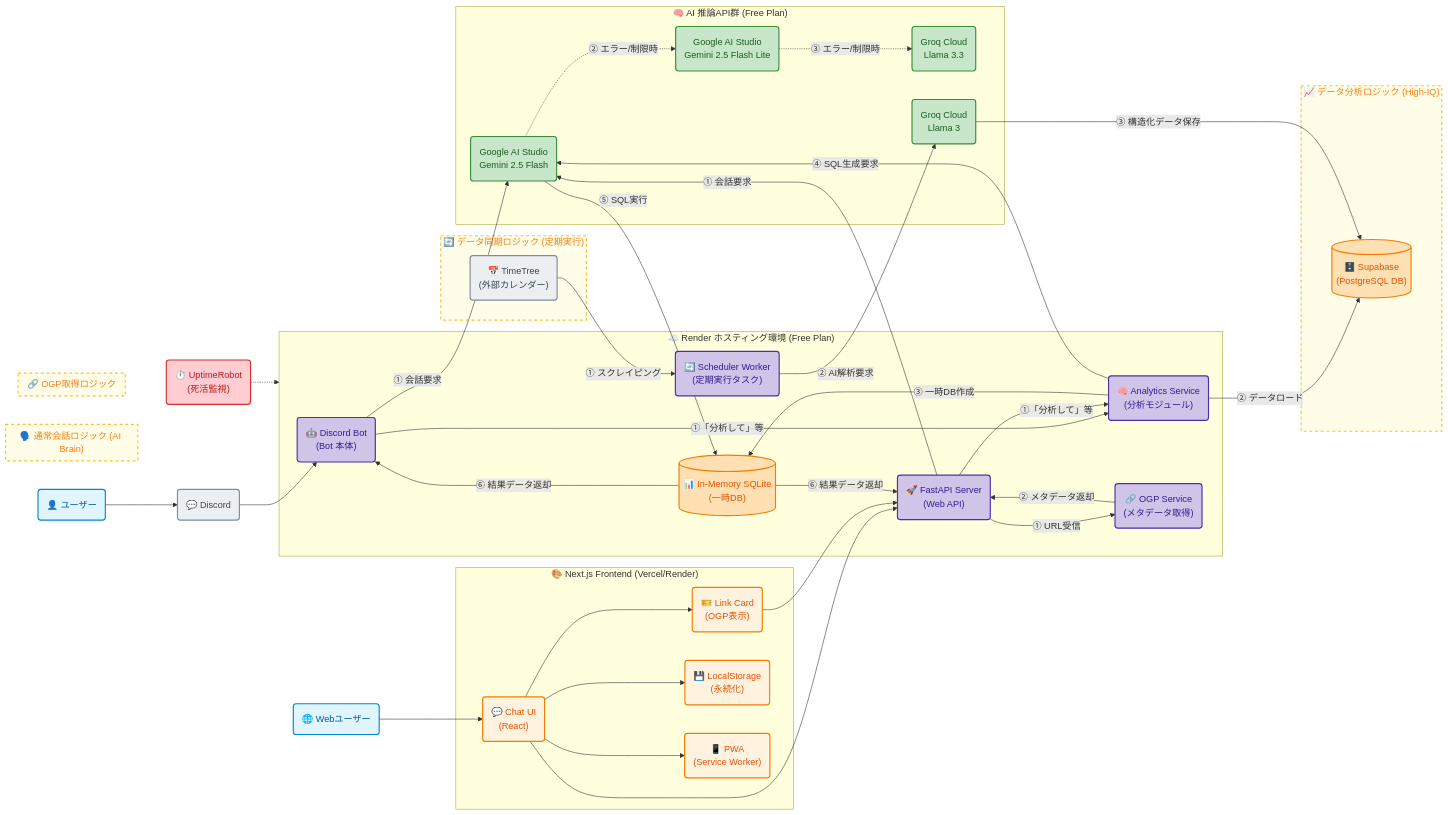
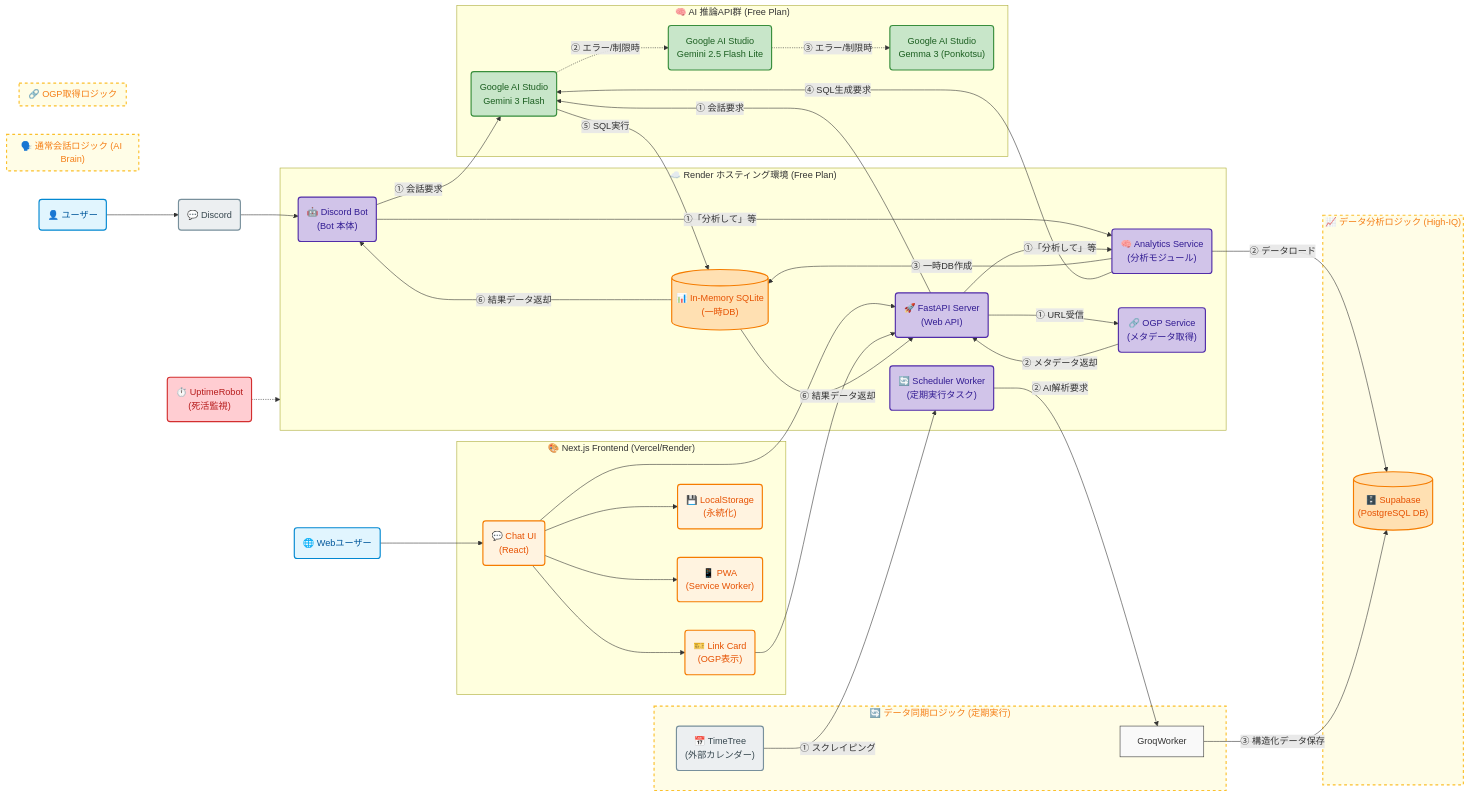
Before and after one commit to kawada612-bit/ai-mau-bot: the diagram in docs/SPEC.md, drawn with Mermaid. The commit also changed other lines of this file and 4 other files, not shown here.

```diff
--- a/docs/SPEC.md
+++ b/docs/SPEC.md
@@ -44,10 +44,9 @@
 
     %% 外部AIサービス群
     subgraph AI_Services ["🧠 AI 推論API群 (Free Plan)"]
-        GeminiMain("Google AI Studio<br>Gemini 2.5 Flash"):::ai
+        GeminiMain("Google AI Studio<br>Gemini 3 Flash"):::ai
         GeminiSub("Google AI Studio<br>Gemini 2.5 Flash Lite"):::ai
-        GroqAI("Groq Cloud<br>Llama 3.3"):::ai
-        GroqWorker("Groq Cloud<br>Llama 3"):::ai
+        GeminiBackup("Google AI Studio<br>Gemma 3 (Ponkotsu)"):::ai
     end
 
     %% 外部データベース・他サービス
@@ -77,7 +76,7 @@
         Bot -->|"① 会話要求"| GeminiMain
         FastAPI -->|"① 会話要求"| GeminiMain
         GeminiMain -.->|"② エラー/制限時"| GeminiSub
-        GeminiSub -.->|"③ エラー/制限時"| GroqAI
+        GeminiSub -.->|"③ エラー/制限時"| GeminiBackup
     end
 
     %% 2. データ分析ロジック
```
